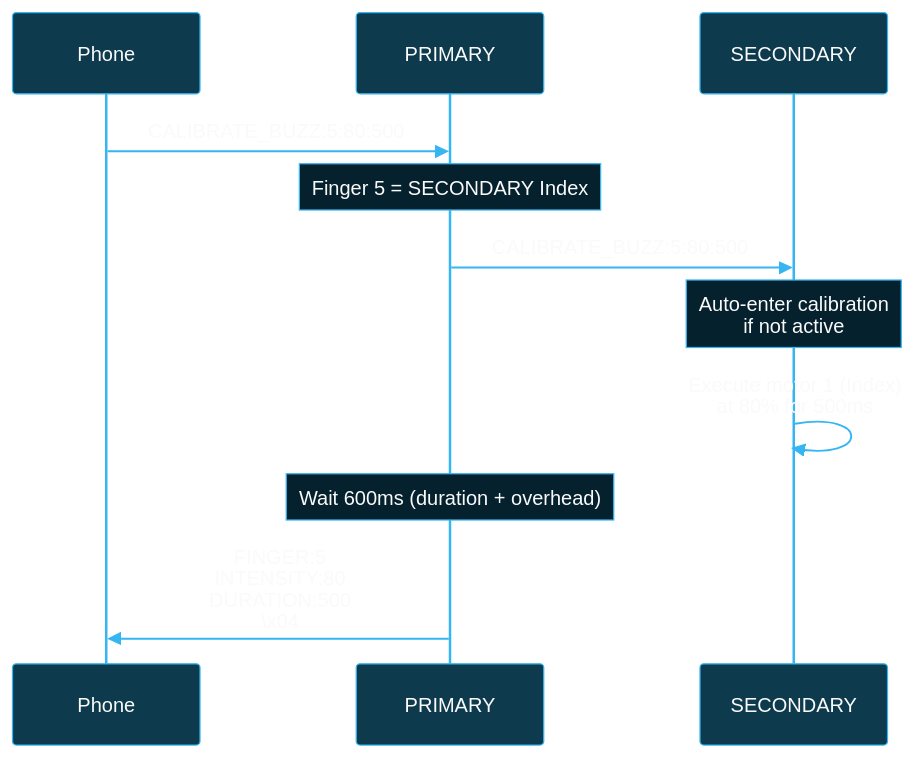
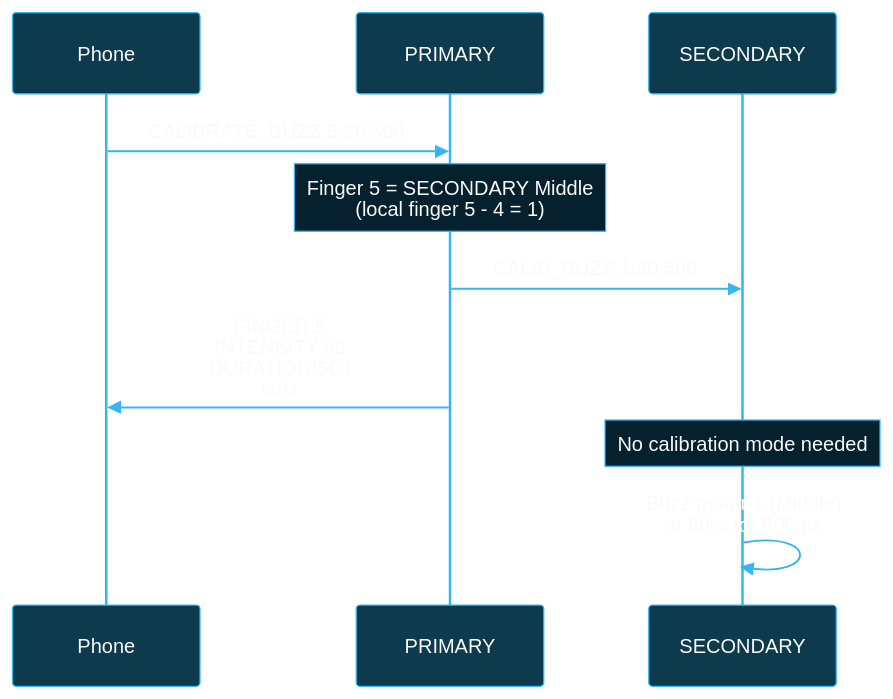
Before and after one commit to BlueBuzzah/BlueBuzzah-Firmware: the diagram in docs/CALIBRATION_GUIDE.md, drawn with Mermaid. The commit also changed other lines of this file and 12 other files, not shown here.

````diff
--- a/docs/CALIBRATION_GUIDE.md
+++ b/docs/CALIBRATION_GUIDE.md
@@ -376,43 +346,40 @@
 ```mermaid
 %%{init: {'theme': 'base', 'themeVariables': {
   'primaryColor': '#0d3a4d',
   'primaryTextColor': '#fafafa',
   'primaryBorderColor': '#35B6F2',
   'lineColor': '#35B6F2',
   'secondaryColor': '#05212D',
   'tertiaryColor': '#0a0a0a',
   'background': '#0a0a0a',
   'actorBkg': '#0d3a4d',
   'actorBorder': '#35B6F2',
   'actorTextColor': '#fafafa',
   'actorLineColor': '#35B6F2',
   'signalColor': '#35B6F2',
   'signalTextColor': '#fafafa',
   'labelBoxBkgColor': '#05212D',
   'labelBoxBorderColor': '#35B6F2',
   'labelTextColor': '#fafafa',
   'loopTextColor': '#fafafa',
   'noteBkgColor': '#05212D',
   'noteBorderColor': '#35B6F2',
   'noteTextColor': '#fafafa',
   'activationBkgColor': '#0d3a4d',
   'activationBorderColor': '#35B6F2',
   'sequenceNumberColor': '#fafafa'
 }}}%%
 sequenceDiagram
     participant Phone
     participant PRIMARY
     participant SECONDARY
 
     Phone->>PRIMARY: CALIBRATE_BUZZ:5:80:500
-    Note over PRIMARY: Finger 5 = SECONDARY Index
+    Note over PRIMARY: Finger 5 = SECONDARY Middle<br/>(local finger 5 - 4 = 1)
 
-    PRIMARY->>SECONDARY: CALIBRATE_BUZZ:5:80:500
-    Note over SECONDARY: Auto-enter calibration<br/>if not active
+    PRIMARY->>SECONDARY: CALIB_BUZZ:1:80:500
+    PRIMARY->>Phone: FINGER:5<br/>INTENSITY:80<br/>DURATION:500<br/>\x04
 
-    SECONDARY->>SECONDARY: Execute motor 1 (Index)<br/>at 80% for 500ms
-
-    Note over PRIMARY: Wait 600ms (duration + overhead)
-
-    PRIMARY->>Phone: FINGER:5<br/>INTENSITY:80<br/>DURATION:500<br/>\x04
+    Note over SECONDARY: No calibration mode needed
+    SECONDARY->>SECONDARY: Buzz motor 1 (Middle)<br/>at 80% for 500ms
 ```
````
